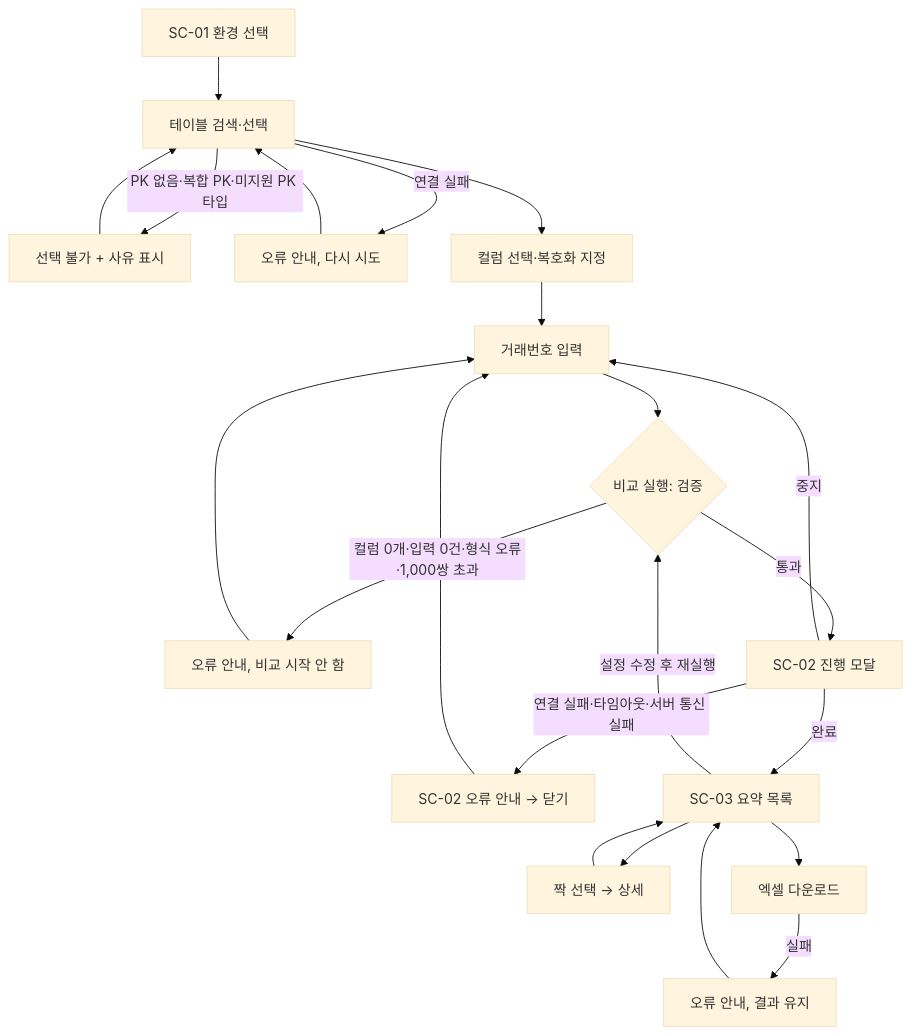
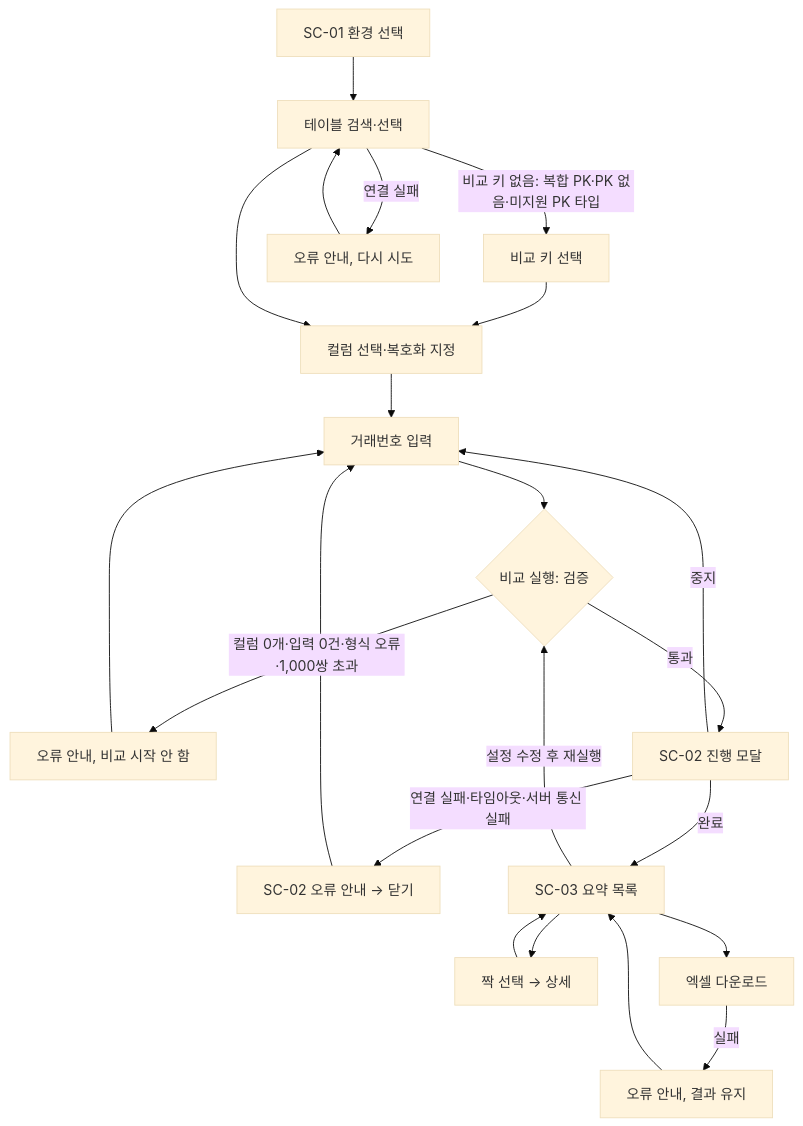
The diagram in docs/3-screen-specification.md (wjdxo513/data-match), drawn with Mermaid (base theme) before and after one commit. The commit also changed other lines of this file and 73 other files, not shown here.

````diff
--- a/docs/3-screen-specification.md
+++ b/docs/3-screen-specification.md
@@ -252,19 +255,19 @@
 ```mermaid
 flowchart TD
     A[SC-01 환경 선택] --> B[테이블 검색·선택]
-    B -->|PK 없음·복합 PK·미지원 PK 타입| B1[선택 불가 + 사유 표시] --> B
+    B -->|비교 키 없음: 복합 PK·PK 없음·미지원 PK 타입| B1[비교 키 선택] --> C
     B -->|연결 실패| B2[오류 안내, 다시 시도] --> B
     B --> C[컬럼 선택·복호화 지정]
     C --> D[거래번호 입력]
     D --> E{비교 실행: 검증}
     E -->|컬럼 0개·입력 0건·형식 오류·1,000쌍 초과| E1[오류 안내, 비교 시작 안 함] --> D
     E -->|통과| F[SC-02 진행 모달]
     F -->|중지| D
     F -->|연결 실패·타임아웃·서버 통신 실패| G[SC-02 오류 안내 → 닫기] --> D
     F -->|완료| H[SC-03 요약 목록]
     H --> I[짝 선택 → 상세]
     I --> H
     H --> J[엑셀 다운로드]
     J -->|실패| J1[오류 안내, 결과 유지] --> H
     H -->|설정 수정 후 재실행| E
 ```
````
